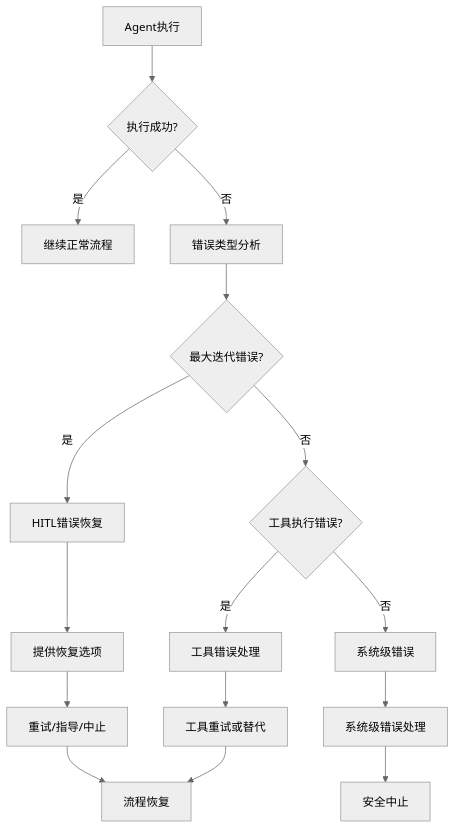
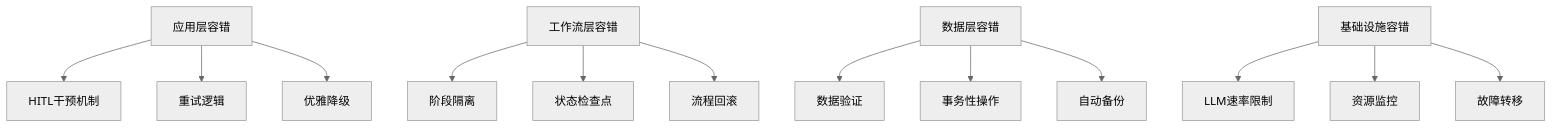
The eighth of 9 diagrams in litho.docs/zh/3、工作流程.md (sopaco/cowork-forge), drawn with Mermaid (neutral theme) before and after one commit. The commit also changed other lines of this file and 26 other files, not shown here.

````diff
--- a/litho.docs/zh/3、工作流程.md
+++ b/litho.docs/zh/3、工作流程.md
@@ -328,23 +442,18 @@
 ```mermaid
-graph TD
-    A[Agent执行] --> B{执行成功?}
-    B -->|是| C[继续正常流程]
-    B -->|否| D[错误类型分析]
+graph TB
+    A[应用层容错] --> A1[HITL干预机制]
+    A --> A2[重试逻辑]
+    A --> A3[优雅降级]
     
-    D --> E{最大迭代错误?}
-    E -->|是| F[HITL错误恢复]
-    E -->|否| G{工具执行错误?}
+    B[工作流层容错] --> B1[阶段隔离]
+    B --> B2[状态检查点]
+    B --> B3[流程回滚]
     
-    G -->|是| H[工具错误处理]
-    G -->|否| I[系统级错误]
+    C[数据层容错] --> C1[数据验证]
+    C --> C2[事务性操作]
+    C --> C3[自动备份]
     
-    F --> J[提供恢复选项]
-    J --> K[重试/指导/中止]
-    
-    H --> L[工具重试或替代]
-    I --> M[系统级错误处理]
-    
-    K --> N[流程恢复]
-    L --> N
-    M --> O[安全中止]
+    D[基础设施容错] --> D1[LLM速率限制]
+    D --> D2[资源监控]
+    D --> D3[故障转移]
 ```
````
